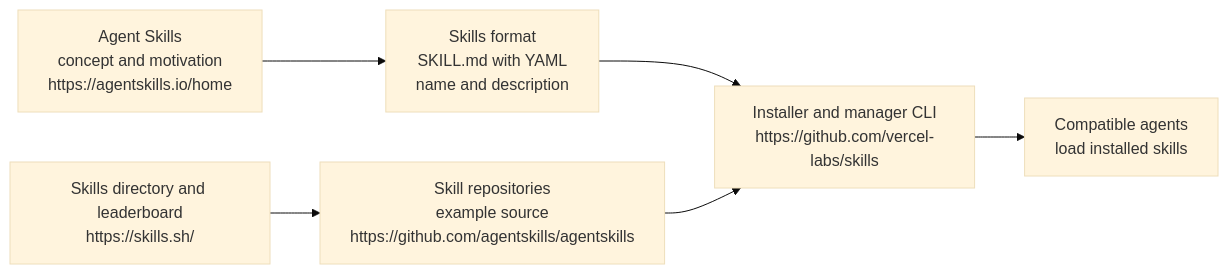
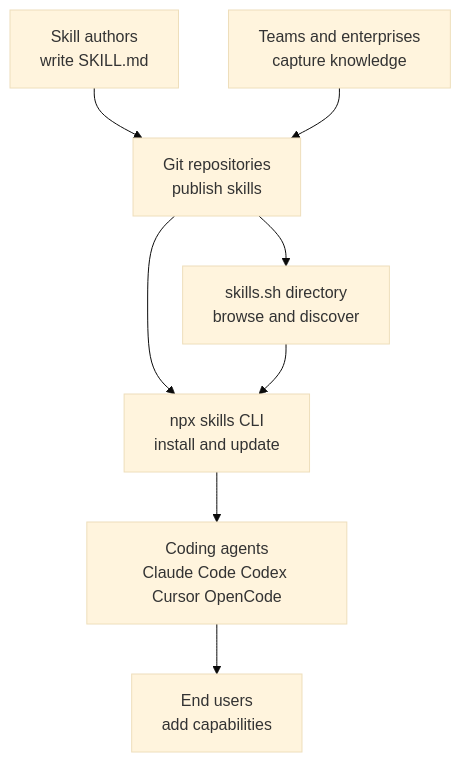
Before and after one commit to fundacionctic/ai-coding-tools-course: the first of 2 diagrams in tools-workflows/README.md, drawn with Mermaid (base theme). The commit also changed other lines of this file, not shown here.

Commit message:
📝 Update tools-workflows README with expanded Agent Skills and CodeRabbit sections

````diff
--- a/tools-workflows/README.md
+++ b/tools-workflows/README.md
@@ -15,15 +17,10 @@
 ```mermaid
-flowchart LR
-  A["Agent Skills<br>concept and motivation<br>https://agentskills.io/home"]
-  B["Skills format<br>SKILL.md with YAML<br>name and description"]
-  C["Installer and manager CLI<br>https://github.com/vercel-labs/skills"]
-  D["Skills directory and leaderboard<br>https://skills.sh/"]
-  E["Skill repositories<br>example source<br>https://github.com/agentskills/agentskills"]
-  F["Compatible agents<br>load installed skills"]
-
-  A --> B
-  B --> C
-  D --> E
+graph TD
+  A[Skill authors<br>write SKILL.md] --> B[Git repositories<br>publish skills]
+  B --> C[npx skills CLI<br>install and update]
+  C --> D[Coding agents<br>Claude Code Codex Cursor OpenCode]
+  B --> E[skills.sh directory<br>browse and discover]
   E --> C
-  C --> F
+  F[Teams and enterprises<br>capture knowledge] --> B
+  D --> G[End users<br>add capabilities]
 ```
````
